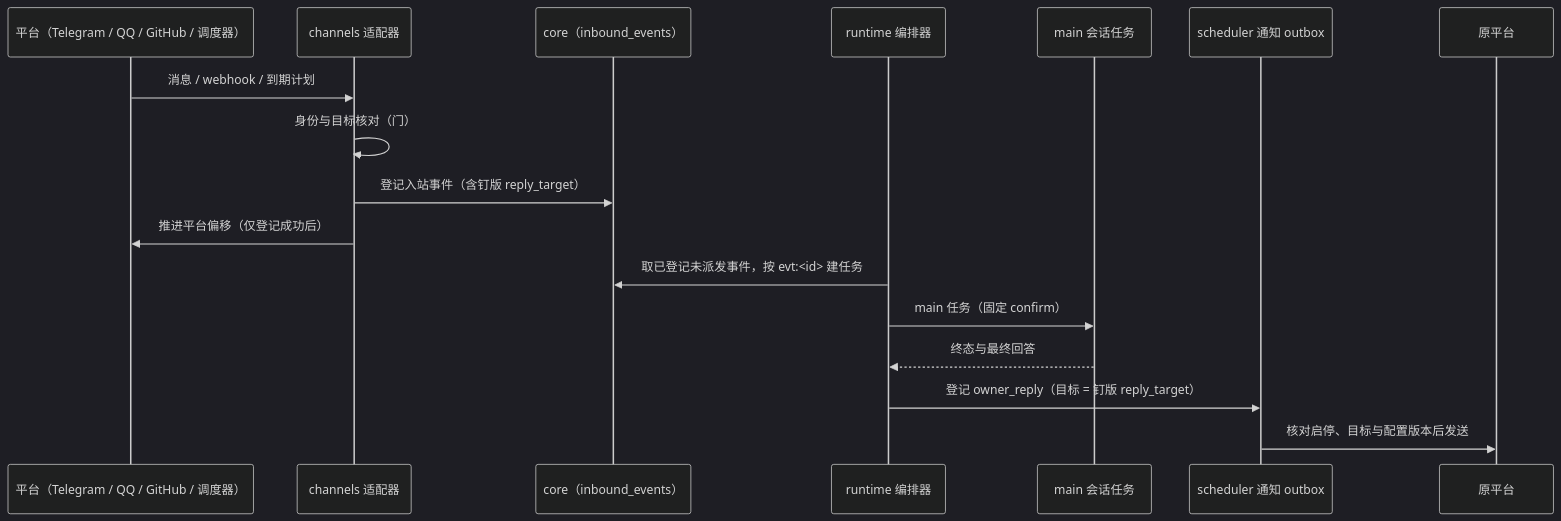
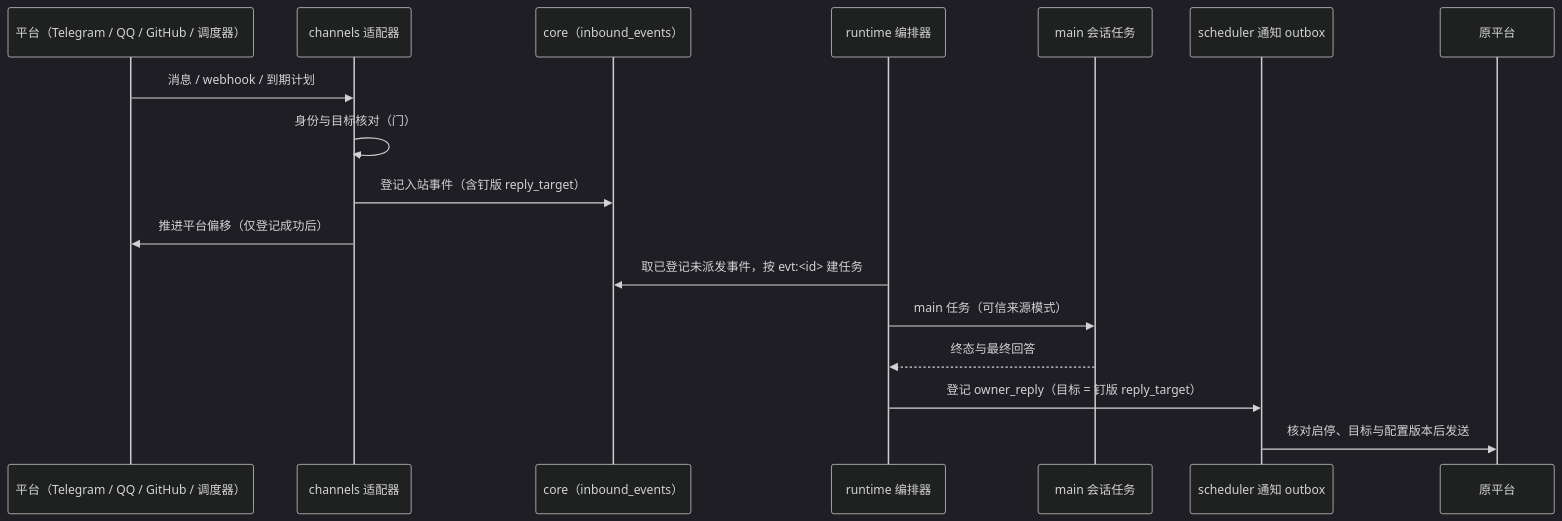
The second of 4 diagrams in docs/architecture.md (num-lab/Ruukoto), drawn with Mermaid (dark theme) before and after one commit. The commit also changed other lines of this file and 193 other files, not shown here.

````diff
--- a/docs/architecture.md
+++ b/docs/architecture.md
@@ -64,20 +64,20 @@
 ```mermaid
 sequenceDiagram
   participant P as 平台（Telegram / QQ / GitHub / 调度器）
   participant Ad as channels 适配器
   participant St as core（inbound_events）
   participant O as runtime 编排器
   participant M as main 会话任务
   participant Ob as scheduler 通知 outbox
   participant P2 as 原平台
 
   P->>Ad: 消息 / webhook / 到期计划
   Ad->>Ad: 身份与目标核对（门）
   Ad->>St: 登记入站事件（含钉版 reply_target）
   Ad->>P: 推进平台偏移（仅登记成功后）
   O->>St: 取已登记未派发事件，按 evt:<id> 建任务
-  O->>M: main 任务（固定 confirm）
+  O->>M: main 任务（可信来源模式）
   M-->>O: 终态与最终回答
   O->>Ob: 登记 owner_reply（目标 = 钉版 reply_target）
   Ob->>P2: 核对启停、目标与配置版本后发送
 ```
````
